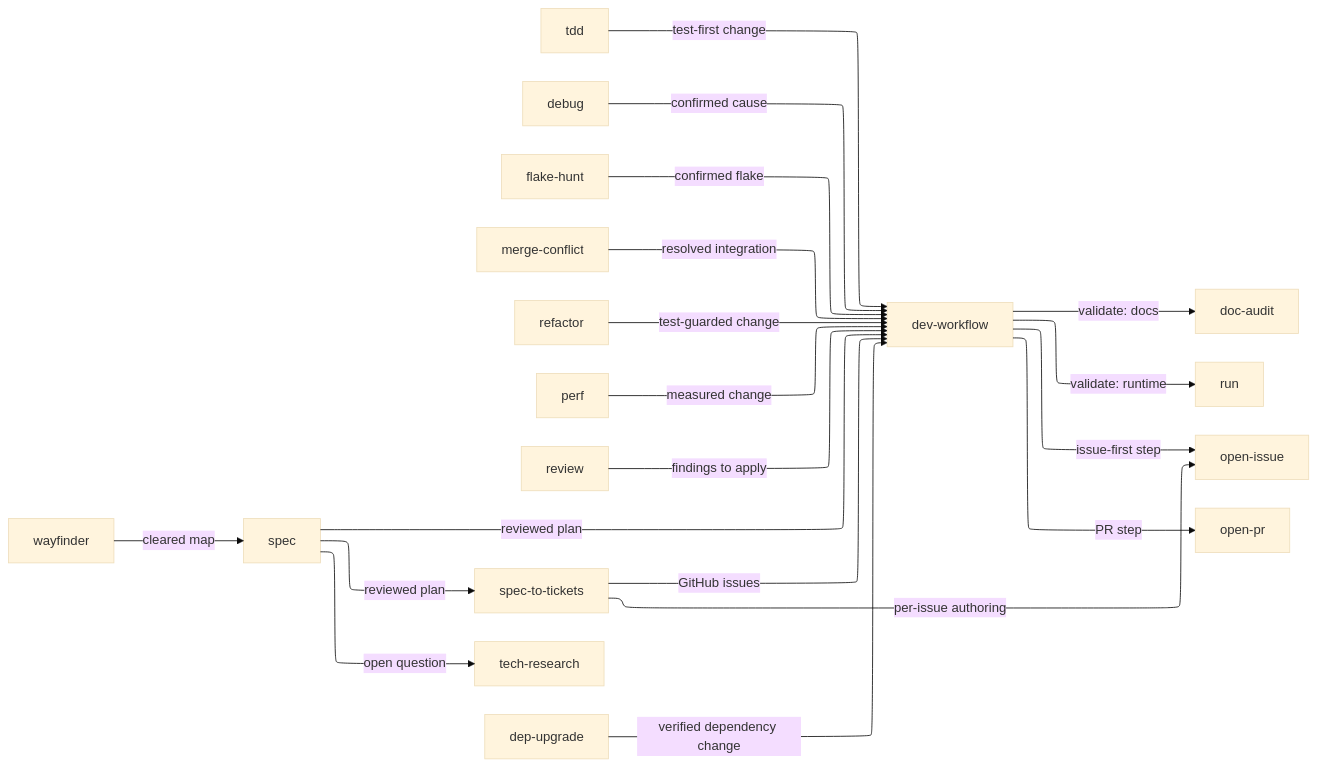
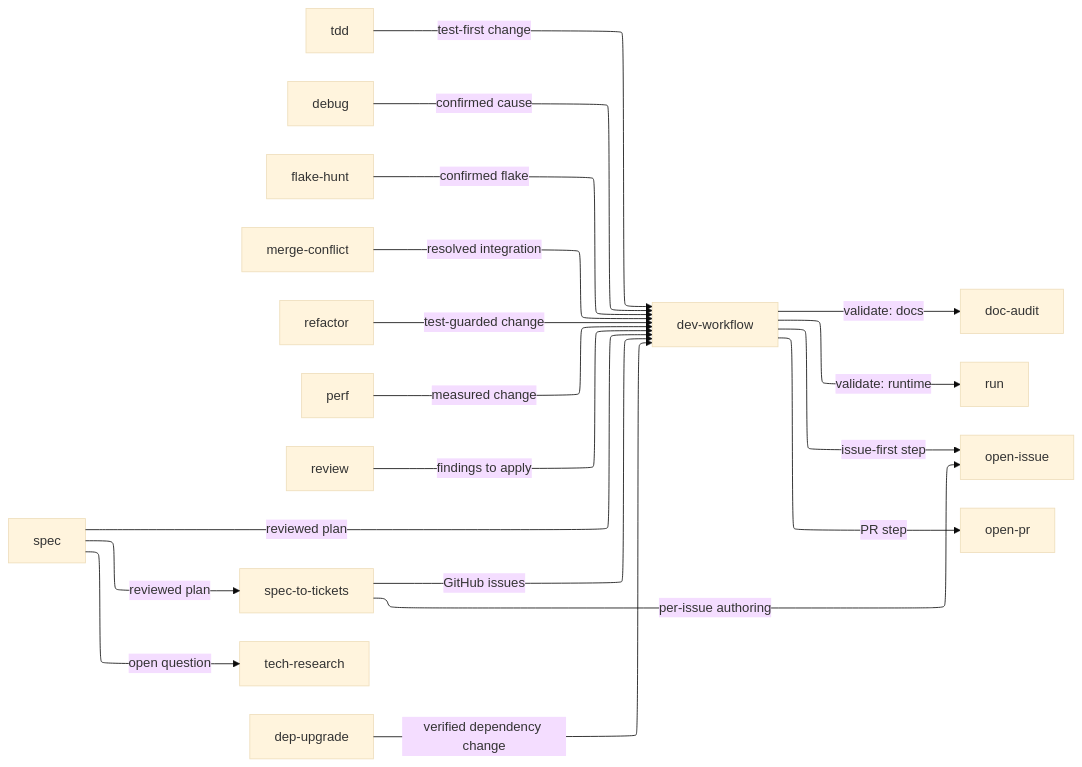
One commit to greerviau/skills changed the diagram in docs/engineering-skill-composition.md. Above: the diagram before and after it, drawn with Mermaid (base theme). The commit also changed other lines of this file and 10 other files, not shown here.

````diff
--- a/docs/engineering-skill-composition.md
+++ b/docs/engineering-skill-composition.md
@@ -8,41 +8,39 @@
 ```mermaid
 %%{init: {'flowchart': {'defaultRenderer': 'elk'}}}%%
 flowchart LR
-    wayfinder[wayfinder]
     spec[spec]
     tdd[tdd]
     debug[debug]
     flakehunt[flake-hunt]
     mergeconflict[merge-conflict]
     refactor[refactor]
     perf[perf]
     review[review]
     s2t[spec-to-tickets]
     techresearch[tech-research]
     depupgrade[dep-upgrade]
     devworkflow[dev-workflow]
     docaudit[doc-audit]
     run[run]
     openissue[open-issue]
     openpr[open-pr]
 
-    wayfinder -->|cleared map| spec
     spec -->|reviewed plan| s2t
     spec -->|reviewed plan| devworkflow
     spec -->|open question| techresearch
     s2t -->|GitHub issues| devworkflow
     s2t -->|per-issue authoring| openissue
     tdd -->|test-first change| devworkflow
     debug -->|confirmed cause| devworkflow
     flakehunt -->|confirmed flake| devworkflow
     mergeconflict -->|resolved integration| devworkflow
     refactor -->|test-guarded change| devworkflow
     perf -->|measured change| devworkflow
     depupgrade -->|verified dependency change| devworkflow
     review -->|findings to apply| devworkflow
 
     devworkflow -->|issue-first step| openissue
     devworkflow -->|validate: docs| docaudit
     devworkflow -->|validate: runtime| run
     devworkflow -->|PR step| openpr
 ```
````
